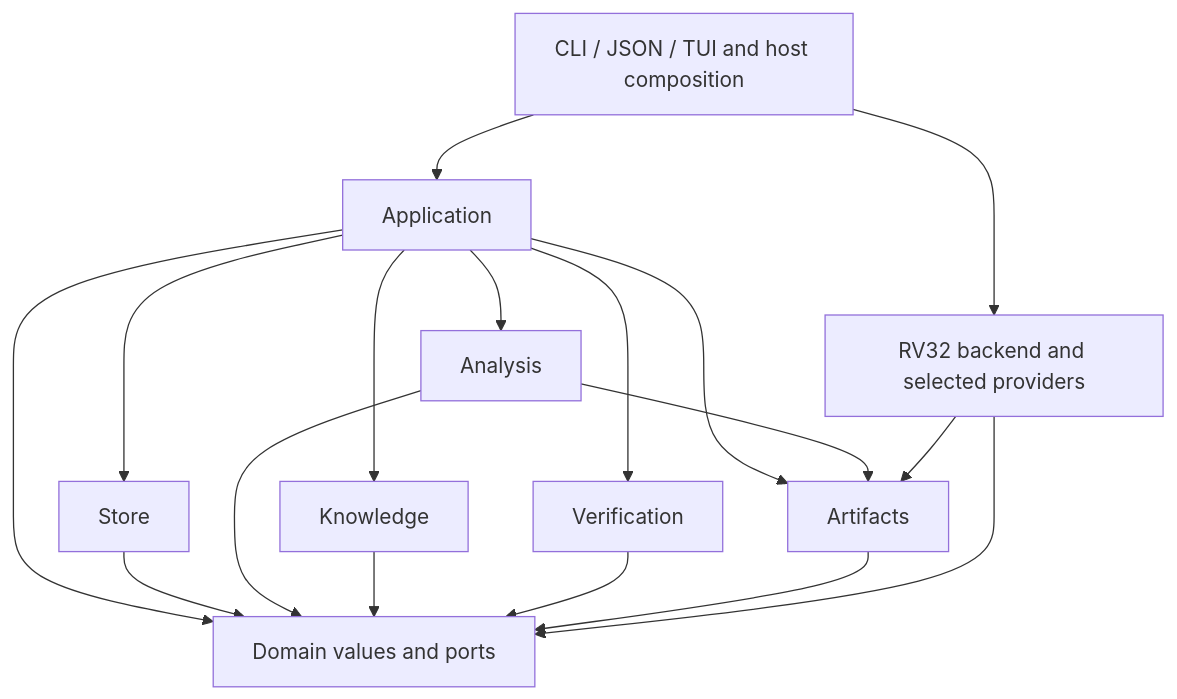
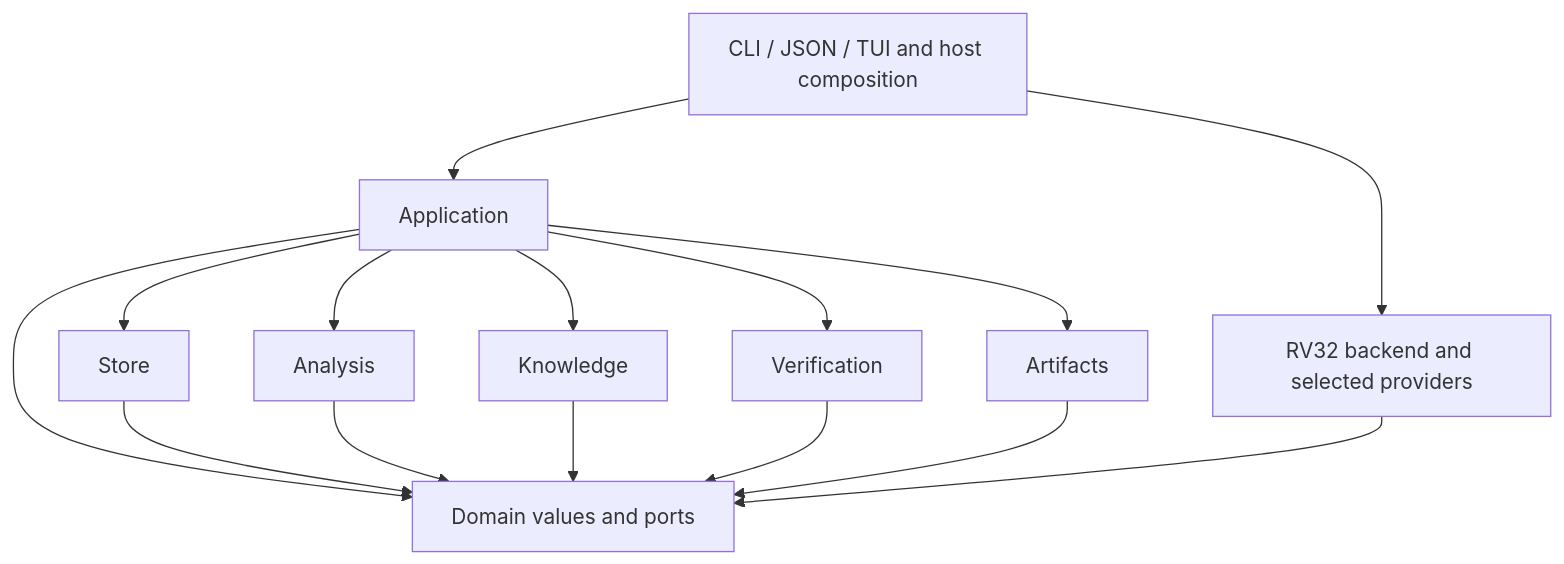
The diagram in tools/blobray/docs/design/architecture.md (ermacv/open-esp-radio-rs), drawn with Mermaid before and after one commit. The commit also changed other lines of this file and 58 other files, not shown here.

````diff
--- a/tools/blobray/docs/design/architecture.md
+++ b/tools/blobray/docs/design/architecture.md
@@ -137,19 +137,17 @@
 ```mermaid
 flowchart TD
     Host[CLI / JSON / TUI and host composition] --> App[Application]
     Host --> RV[RV32 backend and selected providers]
     App --> Store[Store]
     App --> Analysis[Analysis]
     App --> Knowledge[Knowledge]
     App --> Verify[Verification]
     App --> Artifacts[Artifacts]
-    Analysis --> Artifacts
-    RV --> Artifacts
     App --> Domain[Domain values and ports]
     Store --> Domain
     Analysis --> Domain
     Knowledge --> Domain
     Verify --> Domain
     Artifacts --> Domain
     RV --> Domain
 ```
````
